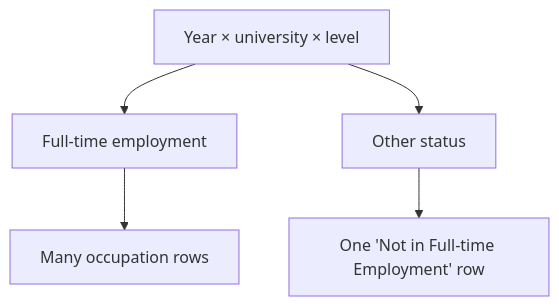
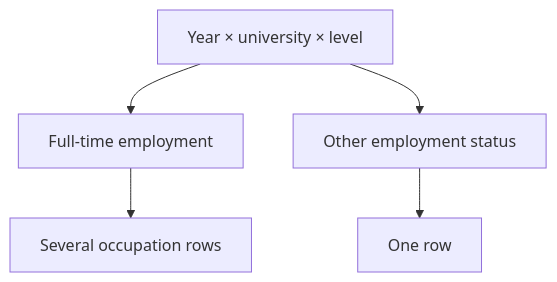
The diagram in employment.qmd (binchen19/djr), drawn with Mermaid before and after one commit. The commit also changed other lines of this file and 91 other files, not shown here.

````diff
--- a/employment.qmd
+++ b/employment.qmd
@@ -74,7 +73,7 @@
 ```{mermaid}
 flowchart TD
   A["Year × university × level"] --> B["Full-time employment"]
-  A --> C["Other status"]
-  B --> D["Many occupation rows"]
-  C --> E["One 'Not in Full-time Employment' row"]
+  A --> C["Other employment status"]
+  B --> D["Several occupation rows"]
+  C --> E["One row"]
 ```
````
